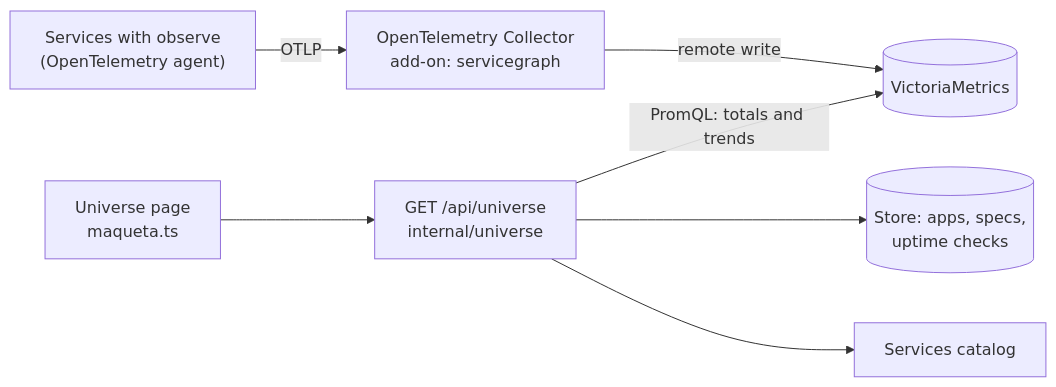
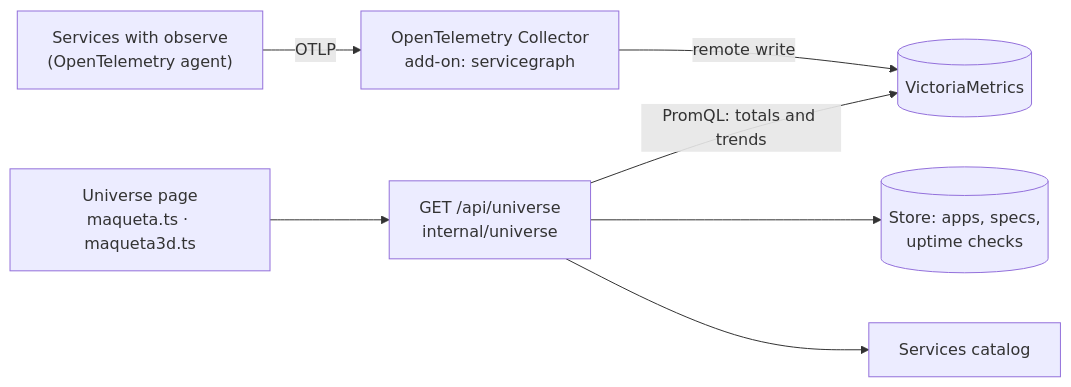
The third of 3 diagrams in docs/content/architecture/api-ui.md (p0dxD/rendimiento.ai), drawn with Mermaid before and after one commit. The commit also changed other lines of this file and 13 other files, not shown here.

````diff
--- a/docs/content/architecture/api-ui.md
+++ b/docs/content/architecture/api-ui.md
@@ -78,9 +79,9 @@
 ```mermaid
 flowchart LR
   svc["Services with observe<br/>(OpenTelemetry agent)"] -->|OTLP| col["OpenTelemetry Collector<br/>add-on: servicegraph"]
   col -->|remote write| vm[("VictoriaMetrics")]
   api["GET /api/universe<br/>internal/universe"] -->|"PromQL: totals and trends"| vm
   api --> store[("Store: apps, specs,<br/>uptime checks")]
   api --> cat["Services catalog"]
-  page["Universe page<br/>maqueta.ts"] --> api
+  page["Universe page<br/>maqueta.ts · maqueta3d.ts"] --> api
 ```
````
